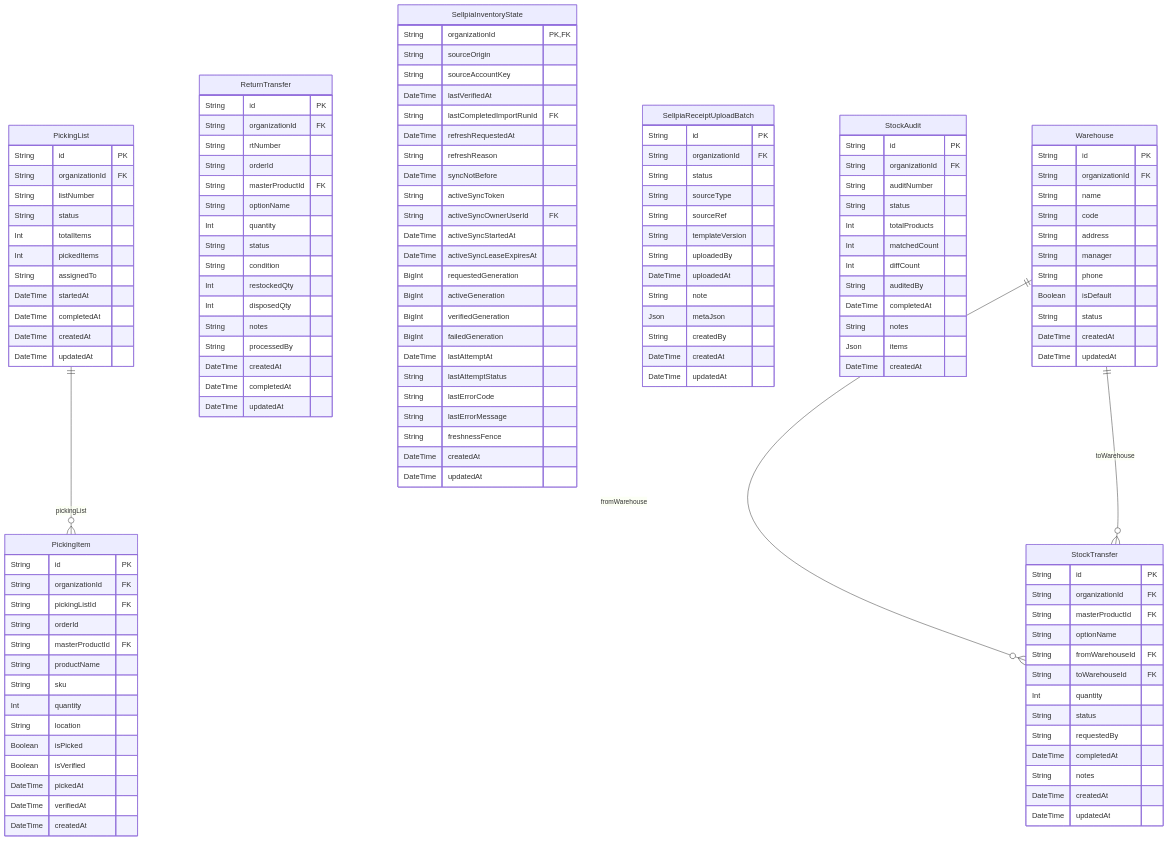
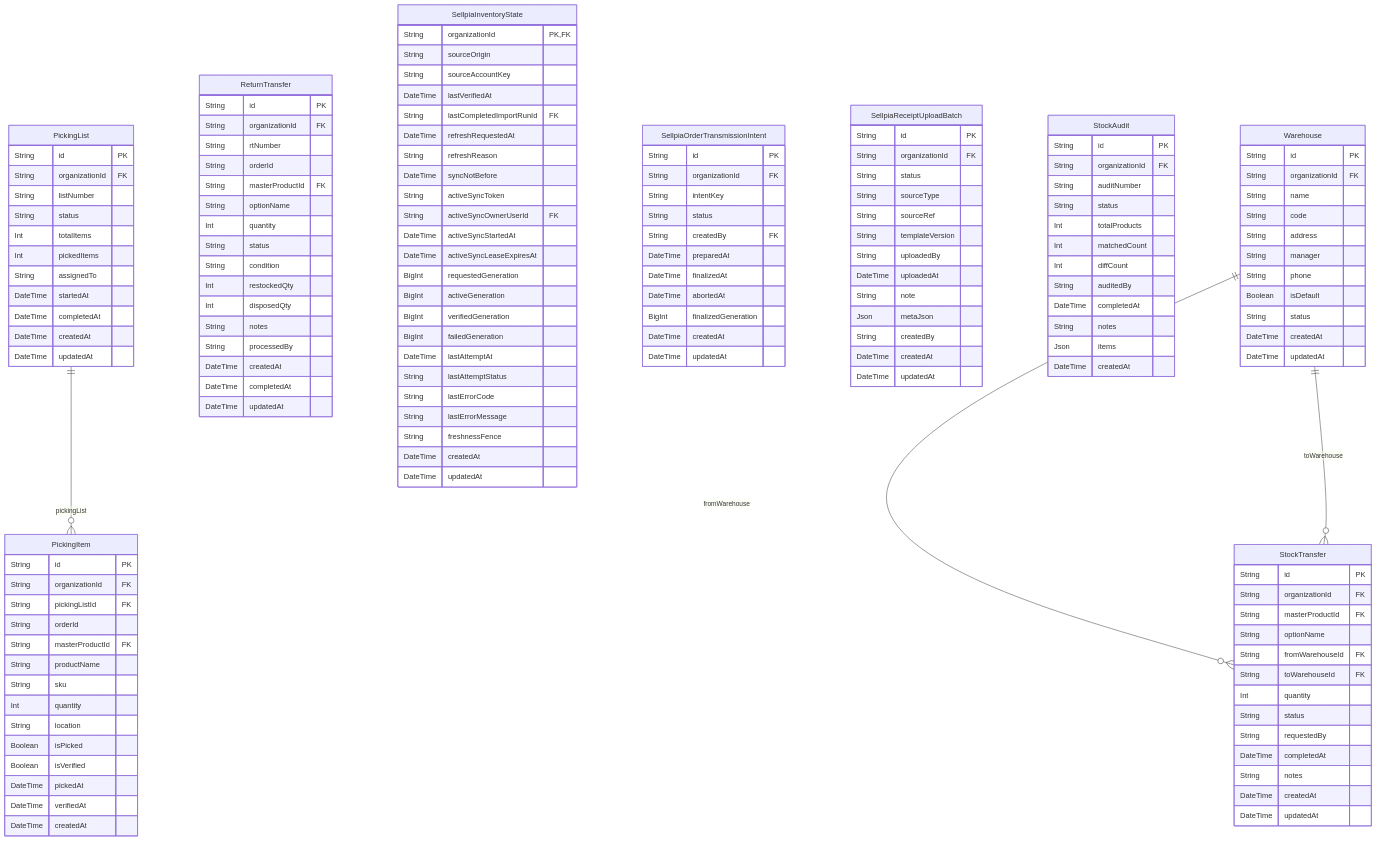
The diagram in docs/erd/inventory.md (AgentFoundry-Labs/kiditem), drawn with Mermaid before and after one commit. The commit also changed other lines of this file and 36 other files, not shown here.

Commit message:
fix: fence Sellpia order transmission freshness

```diff
--- a/docs/erd/inventory.md
+++ b/docs/erd/inventory.md
@@ -94,6 +95,19 @@
     DateTime createdAt
     DateTime updatedAt
   }
+  SellpiaOrderTransmissionIntent {
+    String id PK
+    String organizationId FK
+    String intentKey
+    String status
+    String createdBy FK
+    DateTime preparedAt
+    DateTime finalizedAt
+    DateTime abortedAt
+    BigInt finalizedGeneration
+    DateTime createdAt
+    DateTime updatedAt
+  }
   SellpiaReceiptUploadBatch {
     String id PK
     String organizationId FK
```
